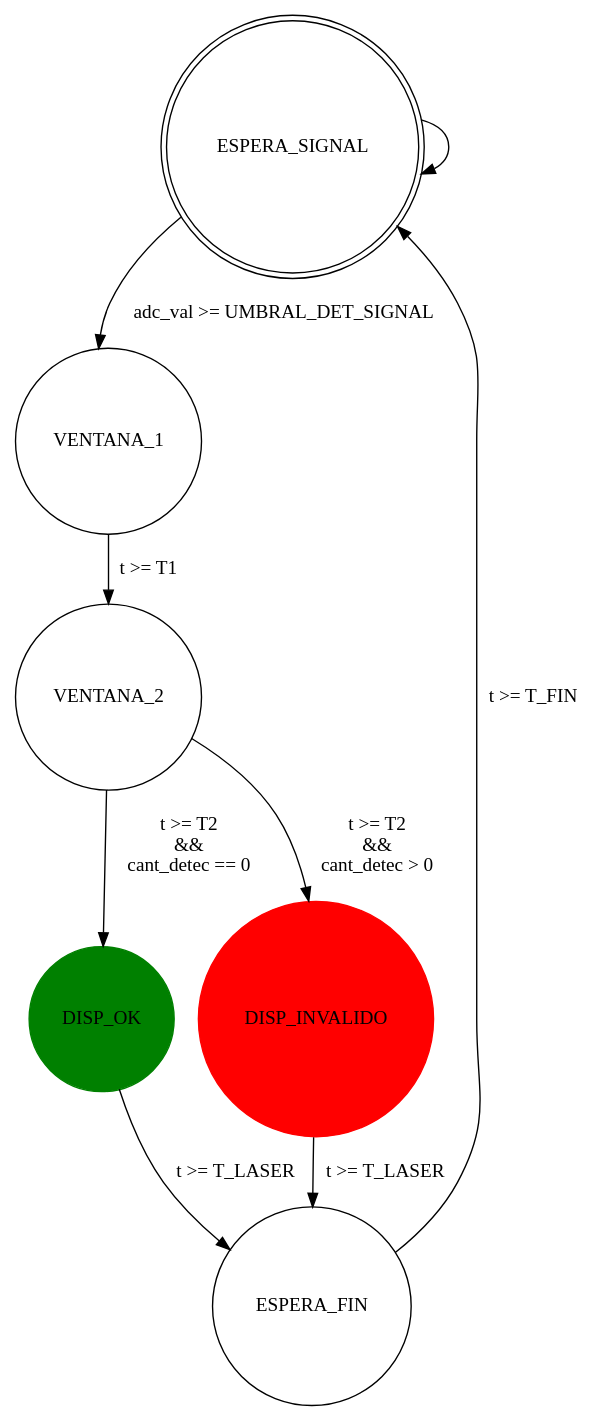
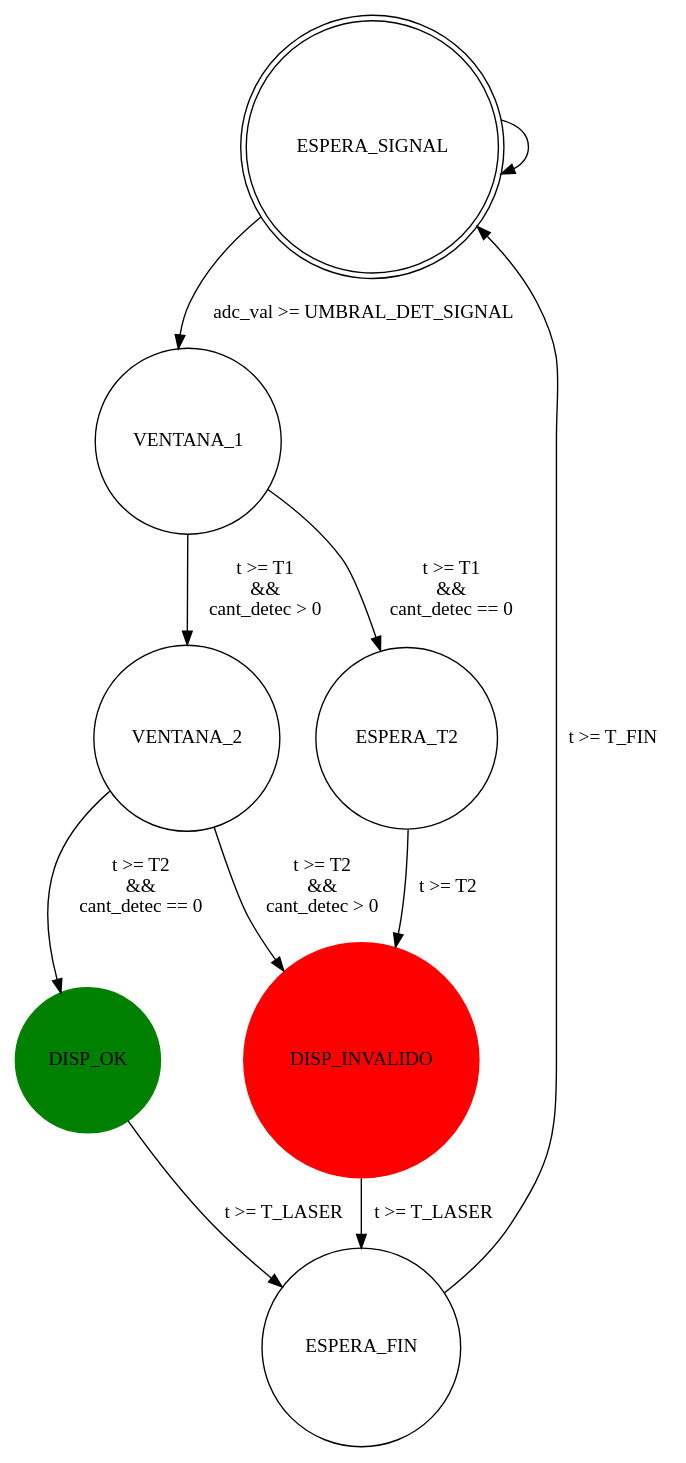
One commit to harboleas/deteccion_disparo changed the diagram in fsm.dot. Above: the diagram before and after it, drawn with Graphviz. The commit also changed 2 other files, not shown here.

```diff
--- a/fsm.dot
+++ b/fsm.dot
@@ -1,16 +1,18 @@
 digraph FSM
 {
     ESPERA_SIGNAL [shape = doublecircle];
     node [ shape = circle ];
     DISP_OK [ color = green style=filled ];
     DISP_INVALIDO [ color = red style=filled ];
     ESPERA_SIGNAL -> ESPERA_SIGNAL;
     ESPERA_SIGNAL -> VENTANA_1  [ label = "adc_val >= UMBRAL_DET_SIGNAL" ];
-    VENTANA_1 -> VENTANA_2 [ label = "t >= T1" ];
+    VENTANA_1 -> VENTANA_2 [ label = "t >= T1\n&&\ncant_detec > 0 " ];
+    VENTANA_1 -> ESPERA_T2 [ label = "t >= T1\n&&\ncant_detec == 0" ];
     VENTANA_2 -> DISP_INVALIDO [ label = "t >= T2\n&&\ncant_detec > 0" ];
     VENTANA_2 -> DISP_OK [ label = "t >= T2\n&&\ncant_detec == 0" ];
+    ESPERA_T2 -> DISP_INVALIDO [ label = "t >= T2" ];
     DISP_OK -> ESPERA_FIN [ label = "t >= T_LASER" ];
     DISP_INVALIDO -> ESPERA_FIN [ label = "t >= T_LASER" ];
     ESPERA_FIN -> ESPERA_SIGNAL [ label = "t >= T_FIN" ];
 
 }
```
